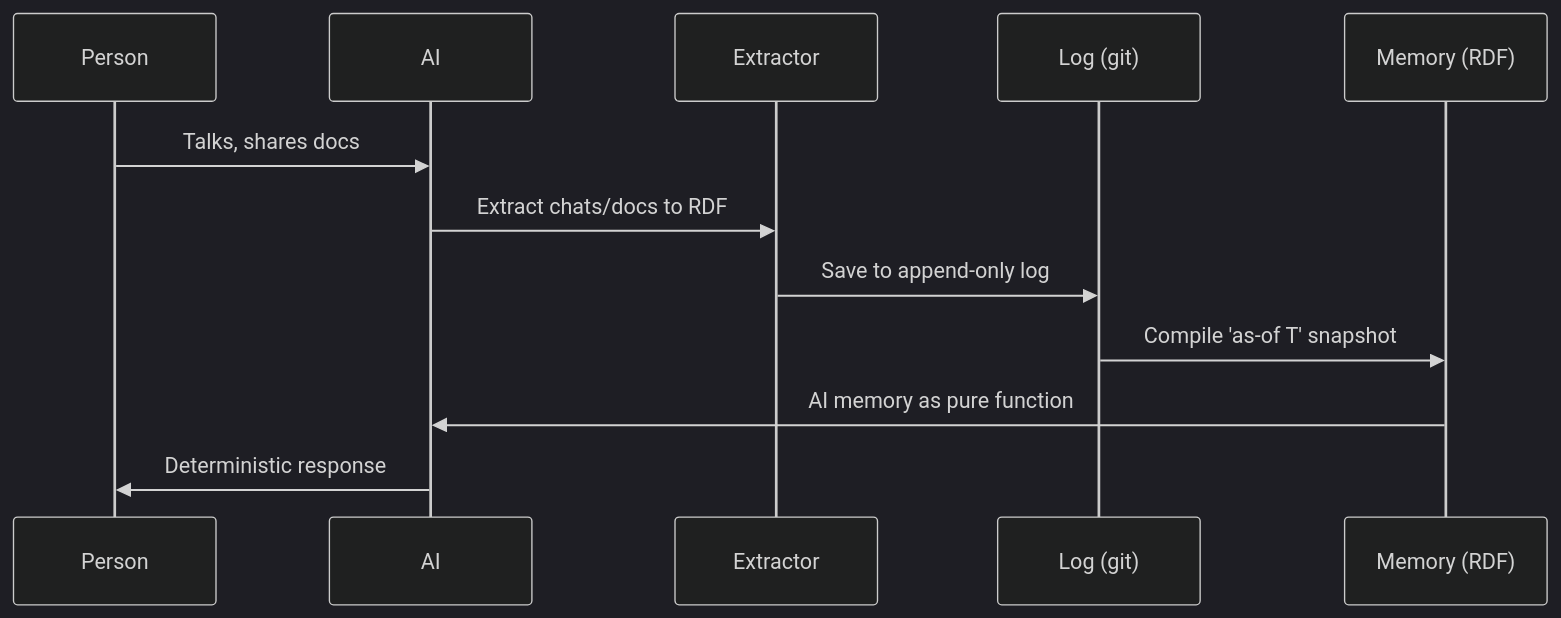
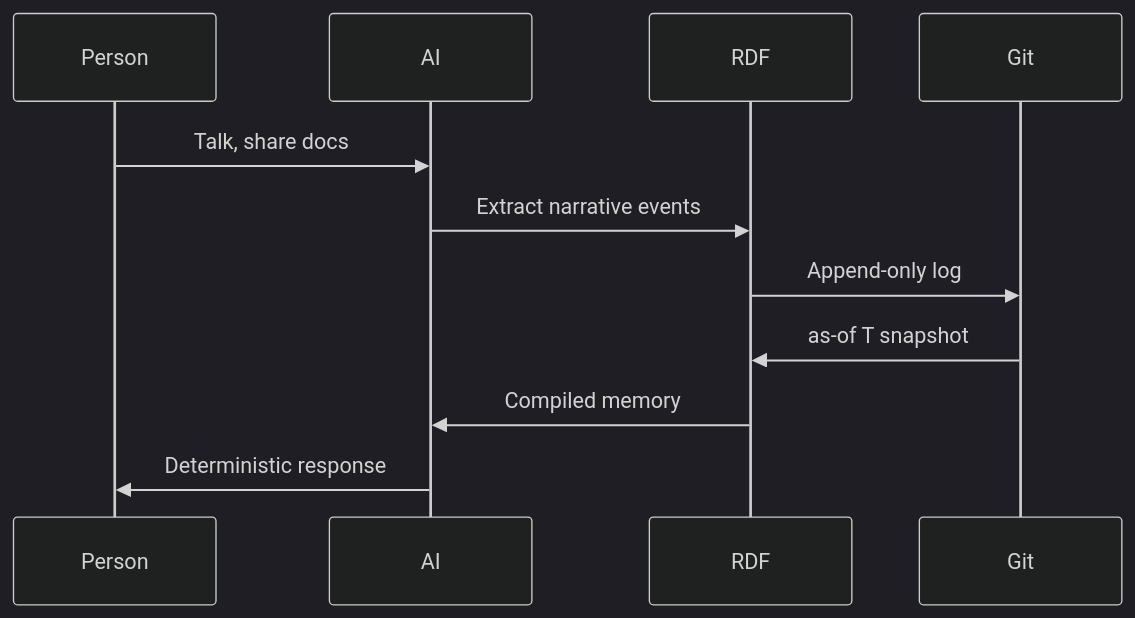
One commit to Synthetic-Identity-Co/conj-talk-2025 changed the second of 3 diagrams in conj-talk-2025.md. Above: the diagram before and after it, drawn with Mermaid (dark theme). The commit also changed other lines of this file, not shown here.

````diff
--- a/conj-talk-2025.md
+++ b/conj-talk-2025.md
@@ -198,15 +179,14 @@
 ```mermaid
 sequenceDiagram
-    participant P as Person
-    participant A as AI
-    participant E as Extractor
-    participant L as Log (git)
-    participant M as Memory (RDF)
+    participant Person
+    participant AI
+    participant RDF
+    participant Git
     
-    P->>A: Talks, shares docs
-    A->>E: Extract chats/docs to RDF
-    E->>L: Save to append-only log
-    L->>M: Compile 'as-of T' snapshot
-    M->>A: AI memory as pure function
-    A->>P: Deterministic response
+    Person->>AI: Talk, share docs
+    AI->>RDF: Extract narrative events
+    RDF->>Git: Append-only log
+    Git->>RDF: as-of T snapshot
+    RDF->>AI: Compiled memory
+    AI->>Person: Deterministic response
 ```
````
